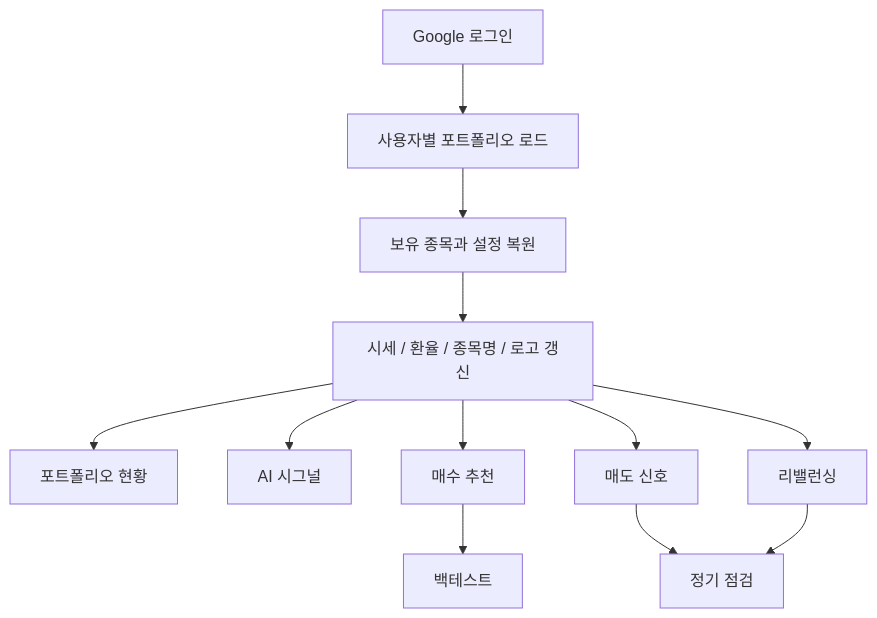
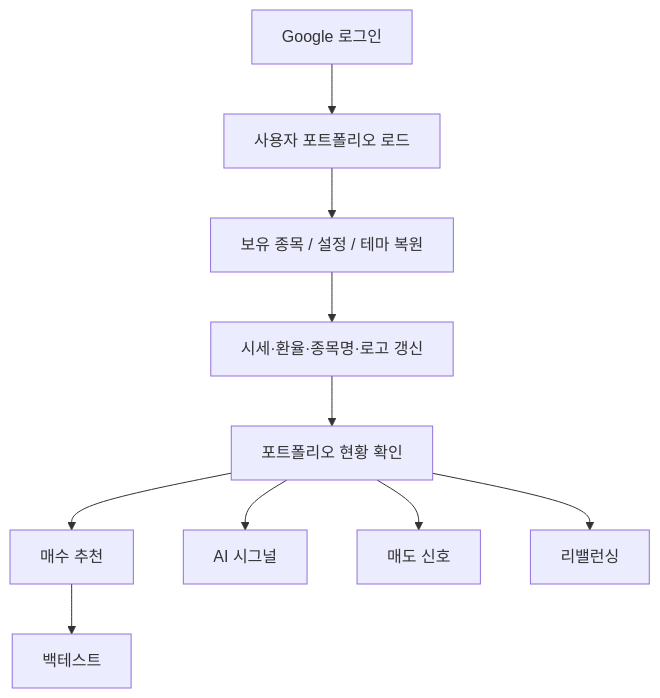
Before and after one commit to mavro7910/quant_portfolio_web: the diagram in README.md, drawn with Mermaid. The commit also changed other lines of this file and 1 other file, not shown here.

````diff
--- a/README.md
+++ b/README.md
@@ -42,14 +41,12 @@
 ```mermaid
 flowchart TD
-    A["Google 로그인"] --> B["사용자별 포트폴리오 로드"]
-    B --> C["보유 종목과 설정 복원"]
-    C --> D["시세 / 환율 / 종목명 / 로고 갱신"]
-    D --> E["포트폴리오 현황"]
-    D --> F["AI 시그널"]
-    D --> G["매수 추천"]
-    D --> H["매도 신호"]
-    D --> I["리밸런싱"]
-    G --> J["백테스트"]
-    H --> K["정기 점검"]
-    I --> K
+    A["Google 로그인"] --> B["사용자 포트폴리오 로드"]
+    B --> C["보유 종목 / 설정 / 테마 복원"]
+    C --> D["시세·환율·종목명·로고 갱신"]
+    D --> E["포트폴리오 현황 확인"]
+    E --> F["매수 추천"]
+    E --> G["AI 시그널"]
+    E --> H["매도 신호"]
+    E --> I["리밸런싱"]
+    F --> J["백테스트"]
 ```
````
